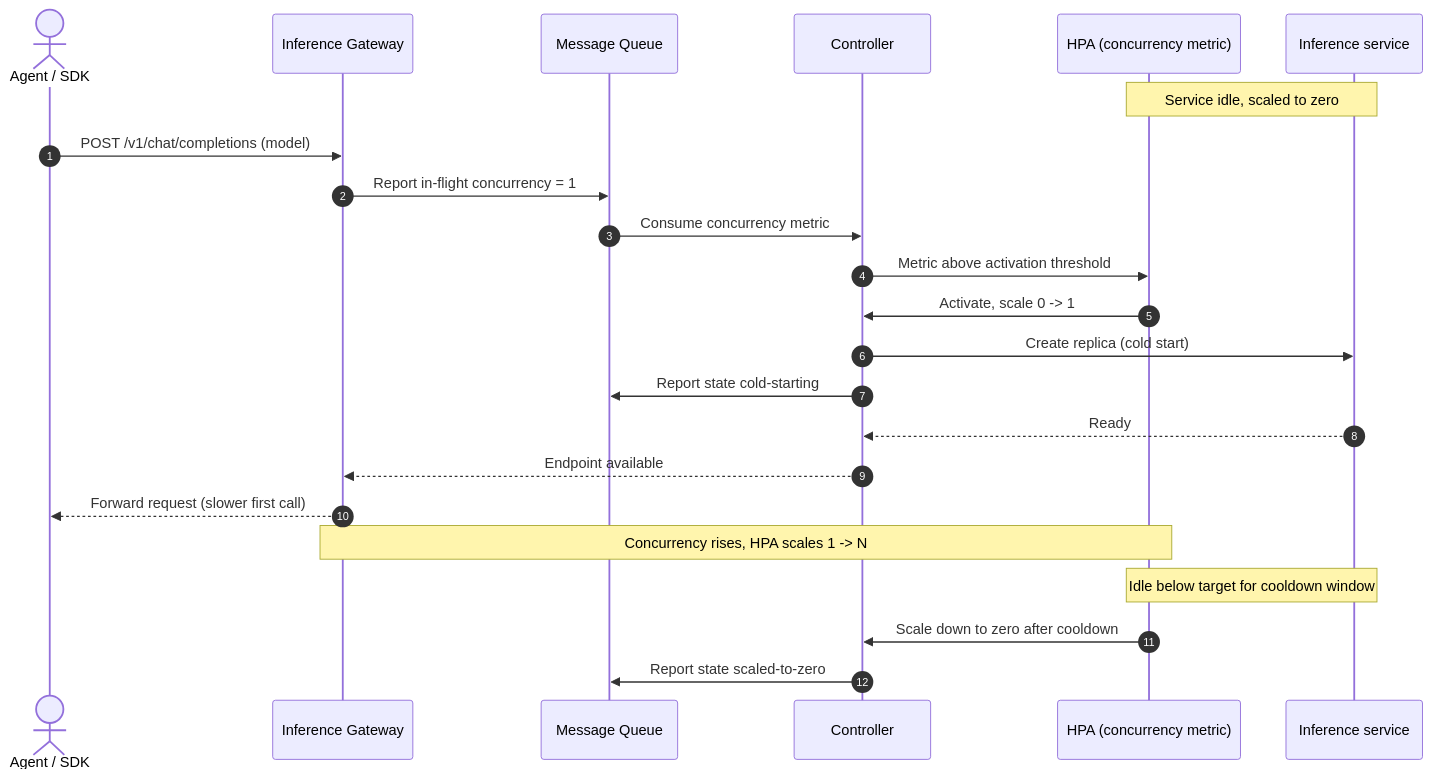
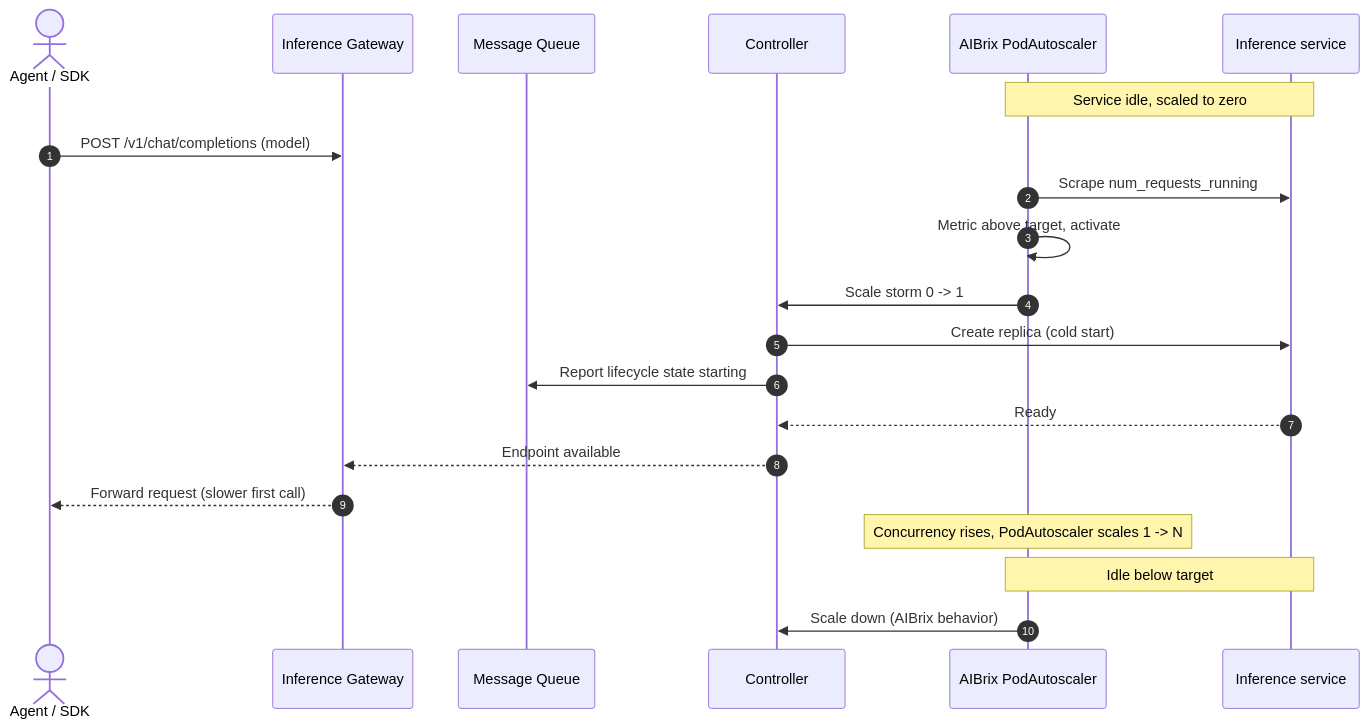
One commit to go-taas/go-taas changed the fourth of 5 diagrams in site/docs/architecture/inference-autoscaling.md. Above: the diagram before and after it, drawn with Mermaid. The commit also changed other lines of this file and 41 other files, not shown here.

````diff
--- a/site/docs/architecture/inference-autoscaling.md
+++ b/site/docs/architecture/inference-autoscaling.md
@@ -549,26 +538,24 @@
 ```mermaid
 sequenceDiagram
     autonumber
     actor Agent as Agent / SDK
     participant DGW as Inference Gateway
     participant MQ as Message Queue
     participant CTRL as Controller
-    participant HPA as HPA (concurrency metric)
+    participant PA as AIBrix PodAutoscaler
     participant SVC as Inference service
 
-    Note over HPA,SVC: Service idle, scaled to zero
+    Note over PA,SVC: Service idle, scaled to zero
     Agent->>DGW: POST /v1/chat/completions (model)
-    DGW->>MQ: Report in-flight concurrency = 1
-    MQ->>CTRL: Consume concurrency metric
-    CTRL->>HPA: Metric above activation threshold
-    HPA->>CTRL: Activate, scale 0 -> 1
+    PA->>SVC: Scrape num_requests_running
+    PA->>PA: Metric above target, activate
+    PA->>CTRL: Scale storm 0 -> 1
     CTRL->>SVC: Create replica (cold start)
-    CTRL->>MQ: Report state cold-starting
+    CTRL->>MQ: Report lifecycle state starting
     SVC-->>CTRL: Ready
     CTRL-->>DGW: Endpoint available
     DGW-->>Agent: Forward request (slower first call)
-    Note over DGW,HPA: Concurrency rises, HPA scales 1 -> N
-    Note over HPA,SVC: Idle below target for cooldown window
-    HPA->>CTRL: Scale down to zero after cooldown
-    CTRL->>MQ: Report state scaled-to-zero
+    Note over PA: Concurrency rises, PodAutoscaler scales 1 -> N
+    Note over PA,SVC: Idle below target
+    PA->>CTRL: Scale down (AIBrix behavior)
 ```
````
